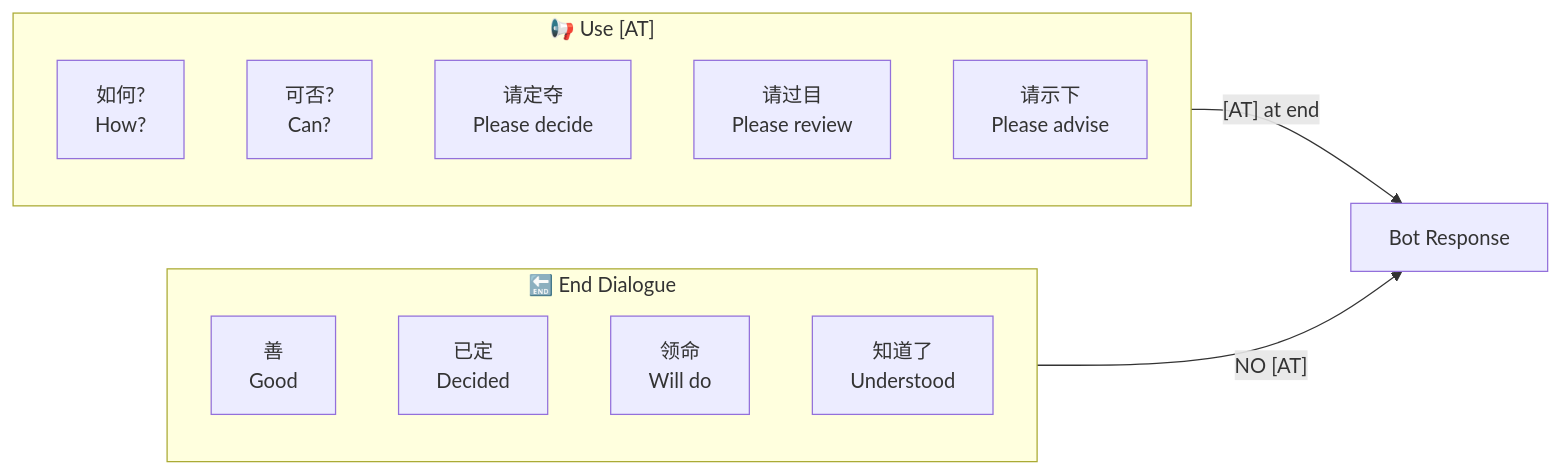
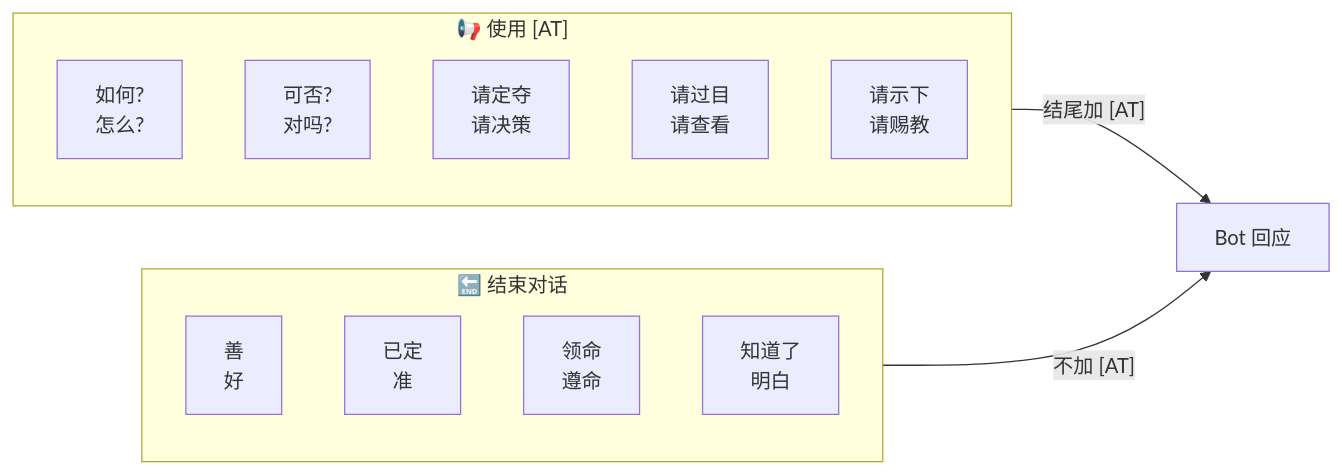
The fifth of 13 diagrams in prompts/README.md (unlimblue/ai-toolbox), drawn with Mermaid before and after one commit. The commit also changed other lines of this file, not shown here.

````diff
--- a/prompts/README.md
+++ b/prompts/README.md
@@ -174,29 +174,29 @@
 ```mermaid
 flowchart LR
-    subgraph NeedAT["📢 Use [AT]"]
+    subgraph NeedAT["📢 使用 [AT]"]
         N1["如何?
-        How?"]
+怎么?"]
         N2["可否?
-        Can?"]
+对吗?"]
         N3["请定夺
-        Please decide"]
+请决策"]
         N4["请过目
-        Please review"]
+请查看"]
         N5["请示下
-        Please advise"]
+请赐教"]
     end
     
-    subgraph NoAT["🔚 End Dialogue"]
+    subgraph NoAT["🔚 结束对话"]
         E1["善
-        Good"]
+好"]
         E2["已定
-        Decided"]
+准"]
         E3["领命
-        Will do"]
+遵命"]
         E4["知道了
-        Understood"]
+明白"]
     end
     
-    NeedAT -->|"[AT] at end"| Response[Bot Response]
-    NoAT -->|"NO [AT]"| Response
+    NeedAT -->|"结尾加 [AT]"| Response[Bot 回应]
+    NoAT -->|"不加 [AT]"| Response
 ```
````
